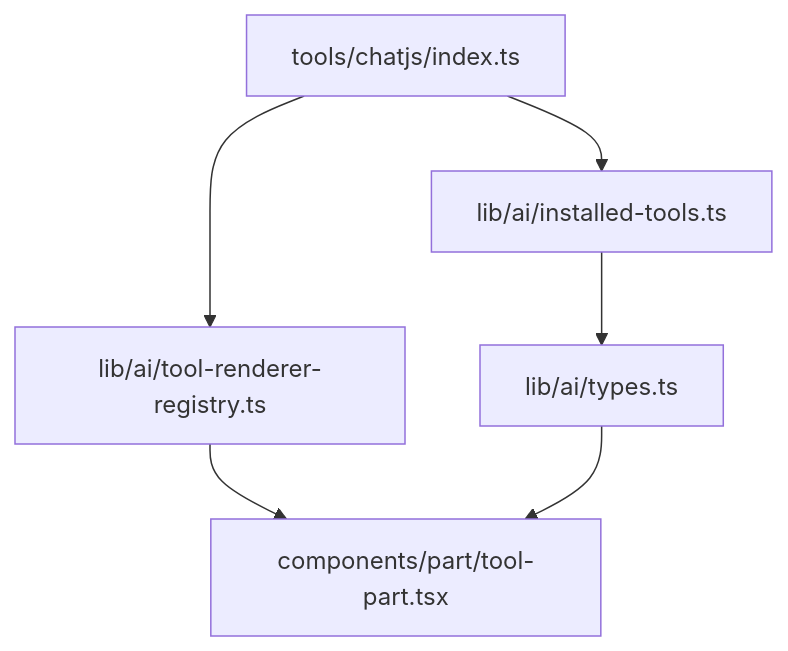
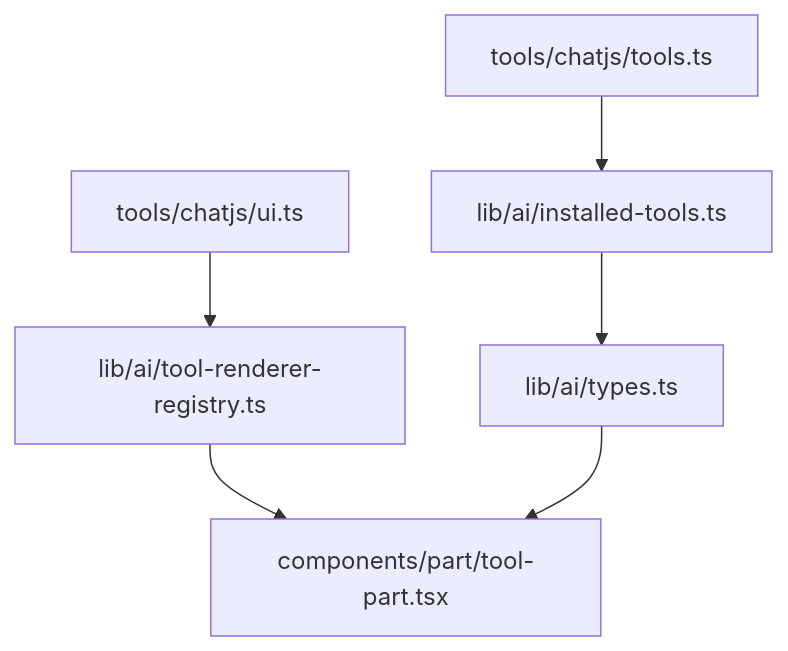
One commit to warklp/chat-js changed the second of 2 diagrams in apps/docs/cookbook/add-tools.mdx. Above: the diagram before and after it, drawn with Mermaid. The commit also changed other lines of this file and 18 other files, not shown here.

````diff
--- a/apps/docs/cookbook/add-tools.mdx
+++ b/apps/docs/cookbook/add-tools.mdx
@@ -129,8 +135,8 @@
 ```mermaid
 flowchart TD
-  A["tools/chatjs/index.ts"] --> B["lib/ai/installed-tools.ts"]
-  A --> C["lib/ai/tool-renderer-registry.ts"]
-  B --> D["lib/ai/types.ts"]
-  C --> E["components/part/tool-part.tsx"]
-  D --> E
+  A["tools/chatjs/tools.ts"] --> B["lib/ai/installed-tools.ts"]
+  C["tools/chatjs/ui.ts"] --> D["lib/ai/tool-renderer-registry.ts"]
+  B --> E["lib/ai/types.ts"]
+  D --> F["components/part/tool-part.tsx"]
+  E --> F
 ```
````
